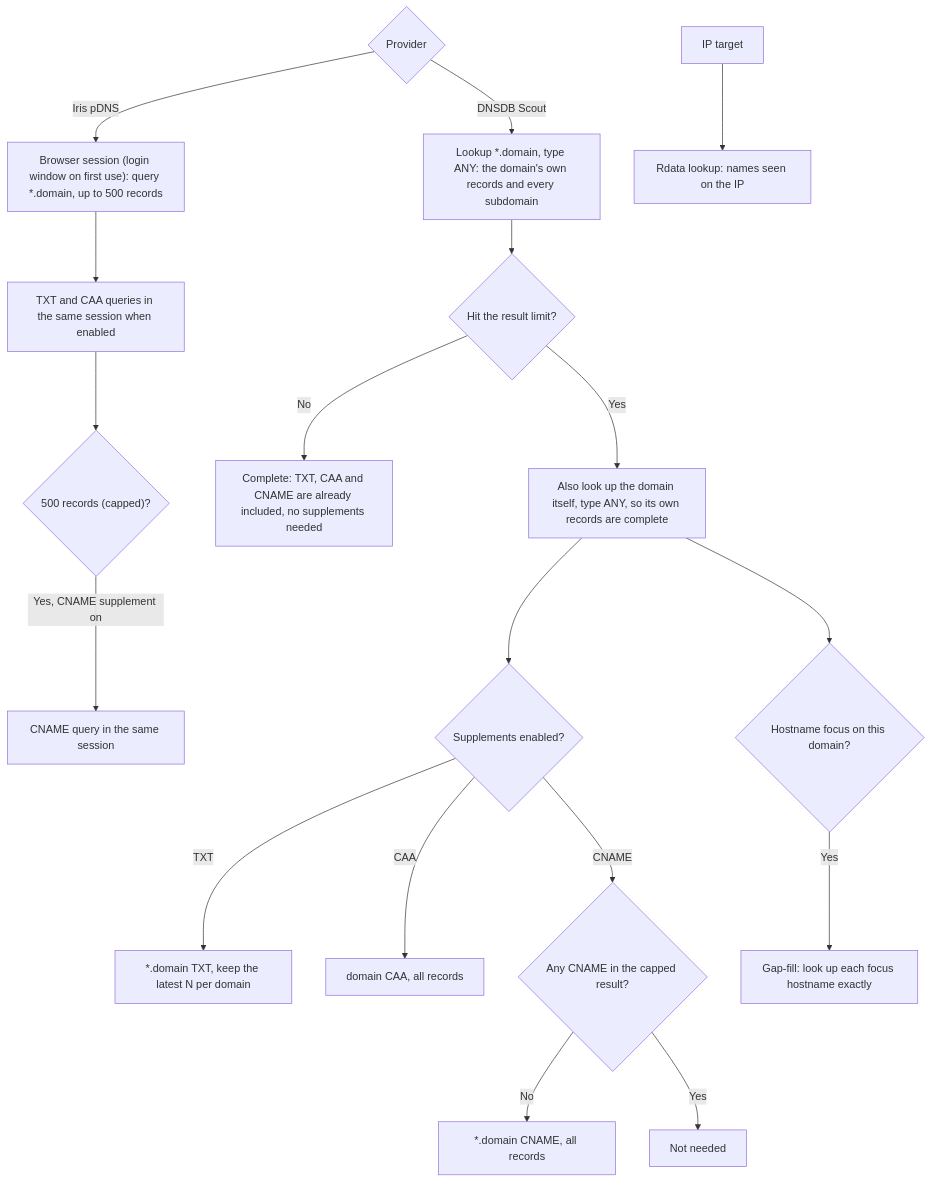
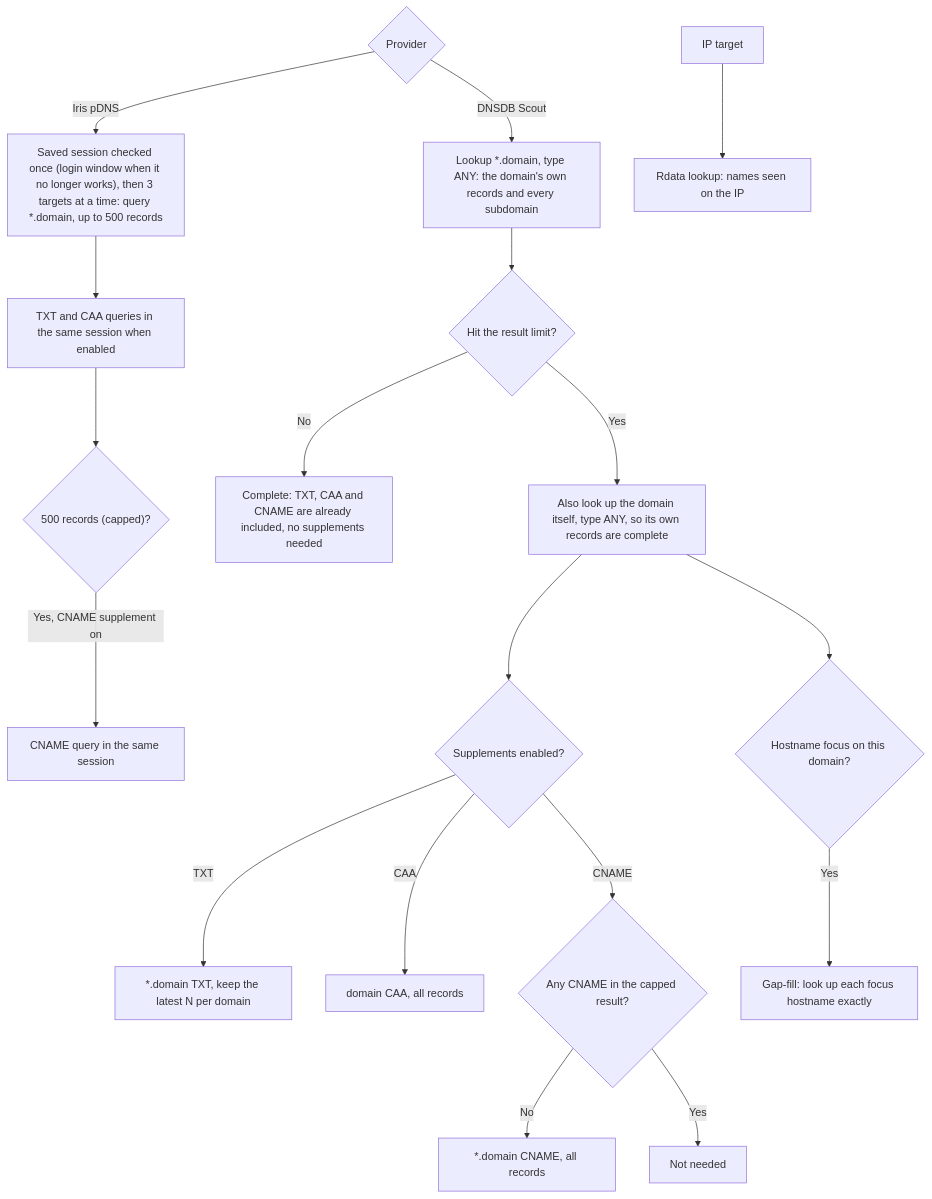
Before and after one commit to mmesojedec/DomainTools_Analysis_Detection: the fifth of 8 diagrams in docs/WORKFLOWS.md, drawn with Mermaid. The commit also changed other lines of this file and 44 other files, not shown here.

````diff
--- a/docs/WORKFLOWS.md
+++ b/docs/WORKFLOWS.md
@@ -142,20 +151,20 @@
 ```mermaid
 flowchart TD
     A{"Provider"} -- "DNSDB Scout" --> B["Lookup *.domain, type ANY: the domain's own records and every subdomain"]
-    A -- "Iris pDNS" --> I["Browser session (login window on first use): query *.domain, up to 500 records"]
+    A -- "Iris pDNS" --> I["Saved session checked once (login window when it no longer works), then 3 targets at a time: query *.domain, up to 500 records"]
     I --> I2["TXT and CAA queries in the same session when enabled"]
     I2 --> I3{"500 records (capped)?"}
     I3 -- "Yes, CNAME supplement on" --> I4["CNAME query in the same session"]
     B --> C{"Hit the result limit?"}
     C -- "No" --> D["Complete: TXT, CAA and CNAME are already included, no supplements needed"]
     C -- "Yes" --> E["Also look up the domain itself, type ANY, so its own records are complete"]
     E --> F{"Supplements enabled?"}
     F -- "TXT" --> G["*.domain TXT, keep the latest N per domain"]
     F -- "CAA" --> H["domain CAA, all records"]
     F -- "CNAME" --> CN{"Any CNAME in the capped result?"}
     CN -- "No" --> CN2["*.domain CNAME, all records"]
     CN -- "Yes" --> CN3["Not needed"]
     E --> K{"Hostname focus on this domain?"}
     K -- "Yes" --> L["Gap-fill: look up each focus hostname exactly"]
     IP["IP target"] --> IP2["Rdata lookup: names seen on the IP"]
 ```
````
